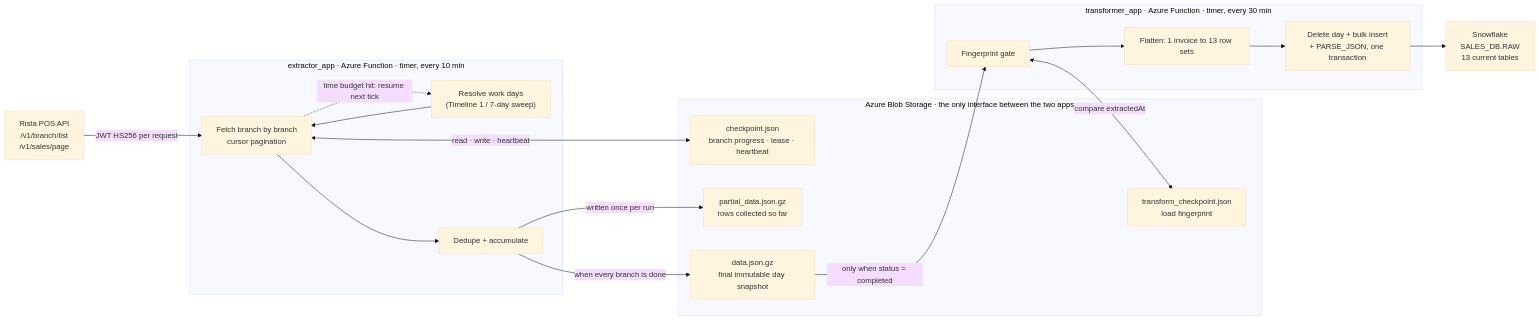
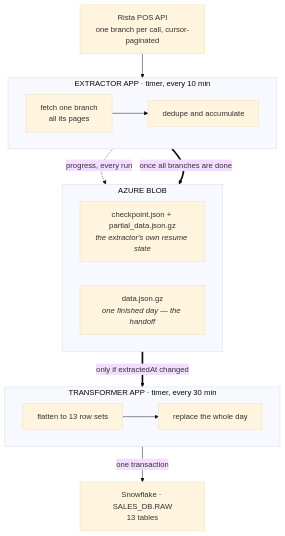
Before and after one commit to niluthpalchowdhury/azure-snowflake-sales-pipeline: the first of 2 diagrams in README.md, drawn with Mermaid (base theme). The commit also changed other lines of this file, not shown here.

````diff
--- a/README.md
+++ b/README.md
@@ -24,36 +41,28 @@
 ```mermaid
-flowchart LR
-    API["Rista POS API<br/>/v1/branch/list<br/>/v1/sales/page"]
+flowchart TB
+    POS["Rista POS API<br>one branch per call, cursor-paginated"]
 
-    subgraph ext["extractor_app · Azure Function · timer, every 10 min"]
-        E1["Resolve work days<br/>(Timeline 1 / 7-day sweep)"]
-        E2["Fetch branch by branch<br/>cursor pagination"]
-        E3["Dedupe + accumulate"]
+    subgraph EXT["EXTRACTOR APP · timer, every 10 min"]
+        direction LR
+        E1["fetch one branch<br>all its pages"] --> E2["dedupe and accumulate"]
     end
 
-    subgraph blob["Azure Blob Storage · the only interface between the two apps"]
-        CK["checkpoint.json<br/>branch progress · lease · heartbeat"]
-        PD["partial_data.json.gz<br/>rows collected so far"]
-        FS["data.json.gz<br/>final immutable day snapshot"]
-        TC["transform_checkpoint.json<br/>load fingerprint"]
+    subgraph BLOB["AZURE BLOB"]
+        direction LR
+        B1["checkpoint.json + partial_data.json.gz<br><i>the extractor's own resume state</i>"]
+        B2["data.json.gz<br><i>one finished day — the handoff</i>"]
     end
 
-    subgraph tr["transformer_app · Azure Function · timer, every 30 min"]
-        T1["Fingerprint gate"]
-        T2["Flatten: 1 invoice to 13 row sets"]
-        T3["Delete day + bulk insert<br/>+ PARSE_JSON, one transaction"]
+    subgraph TRF["TRANSFORMER APP · timer, every 30 min"]
+        direction LR
+        T1["flatten to 13 row sets"] --> T2["replace the whole day"]
     end
 
-    SF["Snowflake<br/>SALES_DB.RAW<br/>13 current tables"]
+    SF["Snowflake · SALES_DB.RAW<br>13 tables"]
 
-    API -->|"JWT HS256 per request"| E2
-    E1 --> E2 --> E3
-    E2 <-->|"read · write · heartbeat"| CK
-    E3 -->|"written once per run"| PD
-    E3 -->|"when every branch is done"| FS
-    E2 -.->|"time budget hit: resume next tick"| E1
-
-    FS -->|"only when status = completed"| T1
-    T1 <-->|"compare extractedAt"| TC
-    T1 --> T2 --> T3 --> SF
+    POS --> EXT
+    EXT -.->|"progress, every run"| B1
+    EXT ==>|"once all branches are done"| B2
+    B2 ==>|"only if extractedAt changed"| TRF
+    TRF -->|"one transaction"| SF
 ```
````
